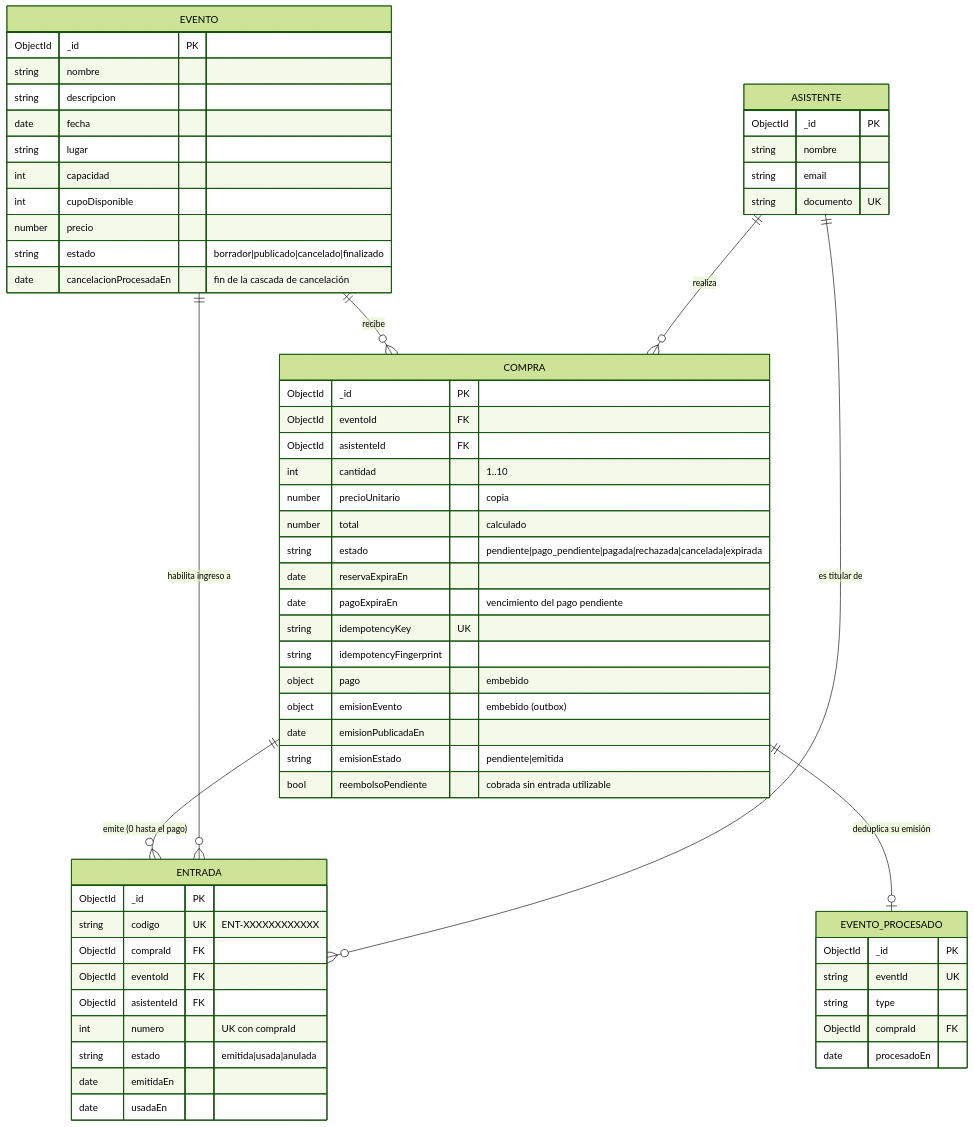
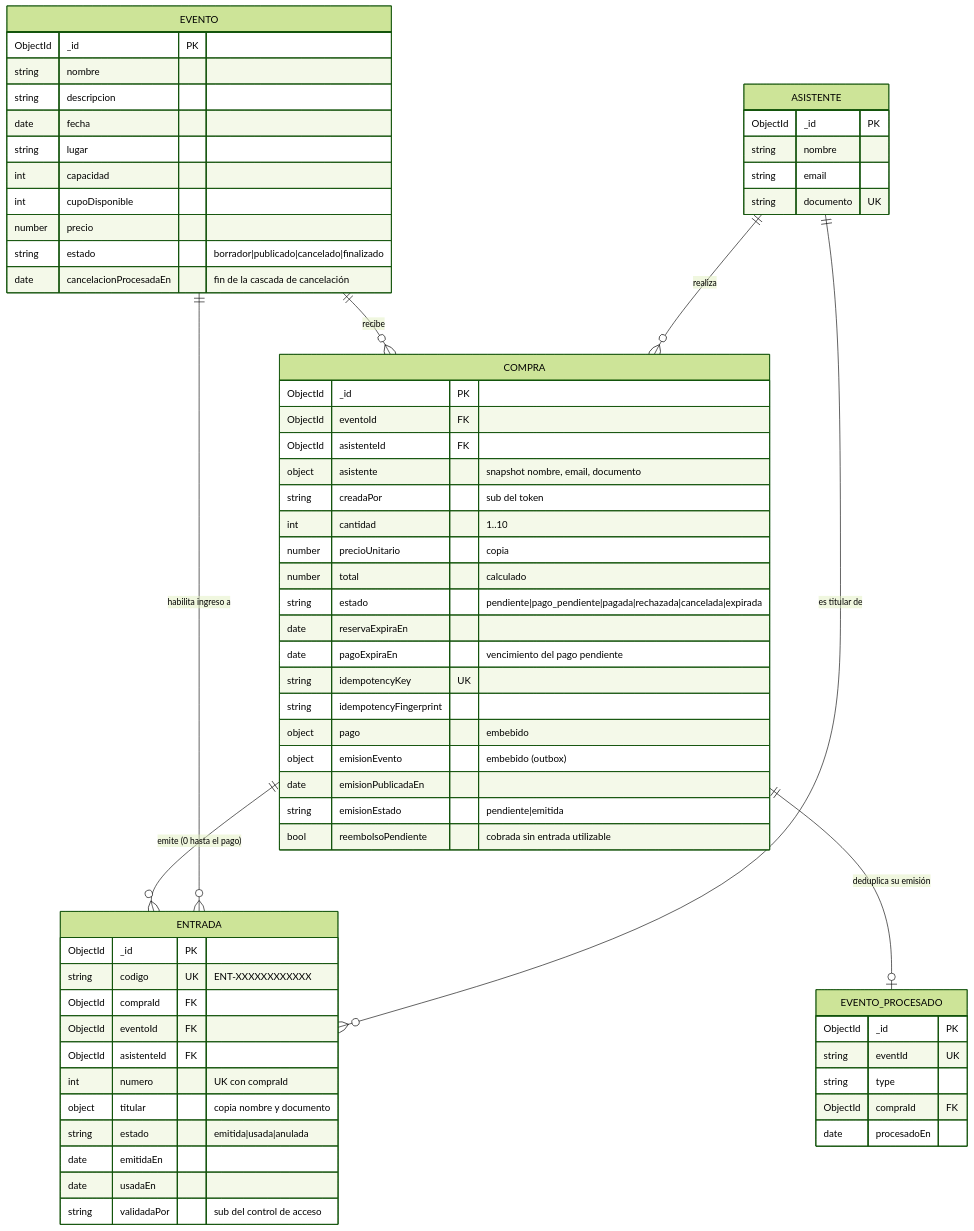
One commit to Juan-C-Ceballos/iaew-eventos-entradas changed the first of 4 diagrams in docs/modelo-datos.md. Above: the diagram before and after it, drawn with Mermaid (forest theme). The commit also changed other lines of this file and 12 other files, not shown here.

First line of the commit message:
[UPD] Modelo y contrato: creadaPor, idempotencia por cliente, snapshot del asistente y validar por evento

````diff
--- a/docs/modelo-datos.md
+++ b/docs/modelo-datos.md
@@ -7,64 +7,68 @@
 ```mermaid
 erDiagram
   EVENTO ||--o{ COMPRA : "recibe"
   ASISTENTE ||--o{ COMPRA : "realiza"
   COMPRA ||--o{ ENTRADA : "emite (0 hasta el pago)"
   EVENTO ||--o{ ENTRADA : "habilita ingreso a"
   ASISTENTE ||--o{ ENTRADA : "es titular de"
   COMPRA ||--o| EVENTO_PROCESADO : "deduplica su emisión"
 
   EVENTO {
     ObjectId _id PK
     string nombre
     string descripcion
     date fecha
     string lugar
     int capacidad
     int cupoDisponible
     number precio
     string estado "borrador|publicado|cancelado|finalizado"
     date cancelacionProcesadaEn "fin de la cascada de cancelación"
   }
   ASISTENTE {
     ObjectId _id PK
     string nombre
     string email
     string documento UK
   }
   COMPRA {
     ObjectId _id PK
     ObjectId eventoId FK
     ObjectId asistenteId FK
+    object asistente "snapshot nombre, email, documento"
+    string creadaPor "sub del token"
     int cantidad "1..10"
     number precioUnitario "copia"
     number total "calculado"
     string estado "pendiente|pago_pendiente|pagada|rechazada|cancelada|expirada"
     date reservaExpiraEn
     date pagoExpiraEn "vencimiento del pago pendiente"
     string idempotencyKey UK
     string idempotencyFingerprint
     object pago "embebido"
     object emisionEvento "embebido (outbox)"
     date emisionPublicadaEn
     string emisionEstado "pendiente|emitida"
     bool reembolsoPendiente "cobrada sin entrada utilizable"
   }
   ENTRADA {
     ObjectId _id PK
     string codigo UK "ENT-XXXXXXXXXXXX"
     ObjectId compraId FK
     ObjectId eventoId FK
     ObjectId asistenteId FK
     int numero "UK con compraId"
+    object titular "copia nombre y documento"
     string estado "emitida|usada|anulada"
     date emitidaEn
     date usadaEn
+    string validadaPor "sub del control de acceso"
   }
   EVENTO_PROCESADO {
     ObjectId _id PK
     string eventId UK
     string type
     ObjectId compraId FK
     date procesadoEn
   }
 ```
````
